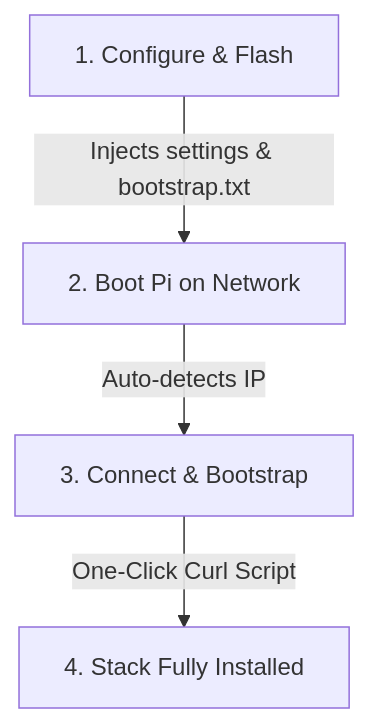
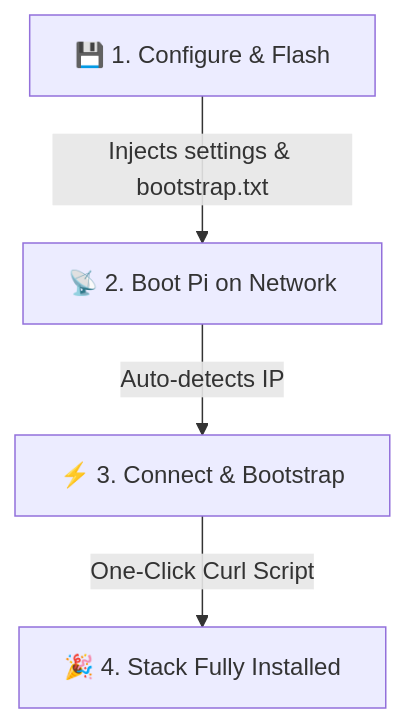
The diagram in README.md (3D-uy/KACE-studio), drawn with Mermaid before and after one commit. The commit also changed other lines of this file and 6 other files, not shown here.

````diff
--- a/README.md
+++ b/README.md
@@ -66,6 +66,6 @@
 ```mermaid
 graph TD
-    A[1. Configure & Flash] -->|Injects settings & bootstrap.txt| B[2. Boot Pi on Network]
-    B -->|Auto-detects IP| C[3. Connect & Bootstrap]
-    C -->|One-Click Curl Script| D[4. Stack Fully Installed]
+    A["💾 1. Configure & Flash"] -->|Injects settings & bootstrap.txt| B["📡 2. Boot Pi on Network"]
+    B -->|Auto-detects IP| C["⚡ 3. Connect & Bootstrap"]
+    C -->|One-Click Curl Script| D["🎉 4. Stack Fully Installed"]
 ```
````
